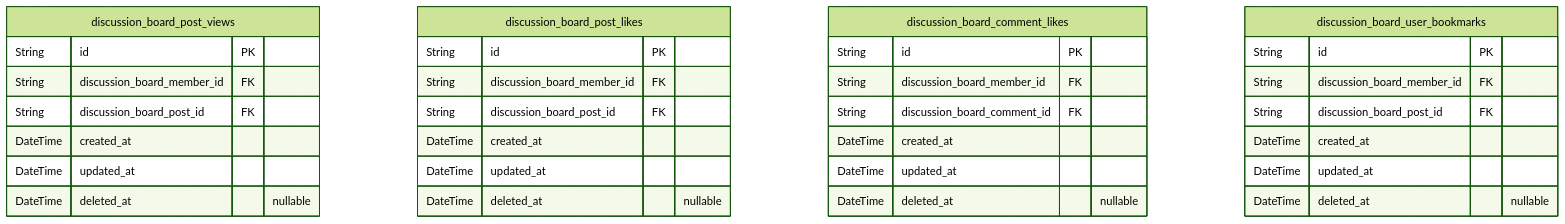
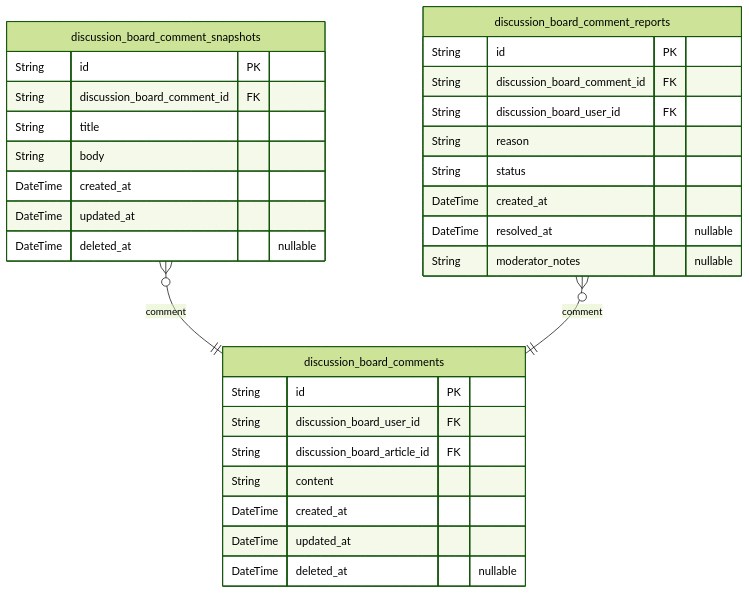
One commit to wrtnlabs/autobe-examples changed the sixth of 8 diagrams in deepseek/deepseek-v3.1-terminus-exacto/bbs/docs/ERD.md. Above: the diagram before and after it, drawn with Mermaid (forest theme). The commit also changed other lines of this file and 9391 other files, not shown here.

````diff
--- a/deepseek/deepseek-v3.1-terminus-exacto/bbs/docs/ERD.md
+++ b/deepseek/deepseek-v3.1-terminus-exacto/bbs/docs/ERD.md
@@ -865,35 +1546,33 @@
 ```mermaid
 erDiagram
-"discussion_board_post_views" {
+"discussion_board_comments" {
   String id PK
-  String discussion_board_member_id FK
-  String discussion_board_post_id FK
+  String discussion_board_user_id FK
+  String discussion_board_article_id FK
+  String content
   DateTime created_at
   DateTime updated_at
   DateTime deleted_at "nullable"
 }
-"discussion_board_post_likes" {
+"discussion_board_comment_snapshots" {
   String id PK
-  String discussion_board_member_id FK
-  String discussion_board_post_id FK
+  String discussion_board_comment_id FK
+  String title
+  String body
   DateTime created_at
   DateTime updated_at
   DateTime deleted_at "nullable"
 }
-"discussion_board_comment_likes" {
+"discussion_board_comment_reports" {
   String id PK
-  String discussion_board_member_id FK
   String discussion_board_comment_id FK
+  String discussion_board_user_id FK
+  String reason
+  String status
   DateTime created_at
-  DateTime updated_at
-  DateTime deleted_at "nullable"
+  DateTime resolved_at "nullable"
+  String moderator_notes "nullable"
 }
-"discussion_board_user_bookmarks" {
-  String id PK
-  String discussion_board_member_id FK
-  String discussion_board_post_id FK
-  DateTime created_at
-  DateTime updated_at
-  DateTime deleted_at "nullable"
-}
+"discussion_board_comment_snapshots" }o--|| "discussion_board_comments" : comment
+"discussion_board_comment_reports" }o--|| "discussion_board_comments" : comment
 ```
````
